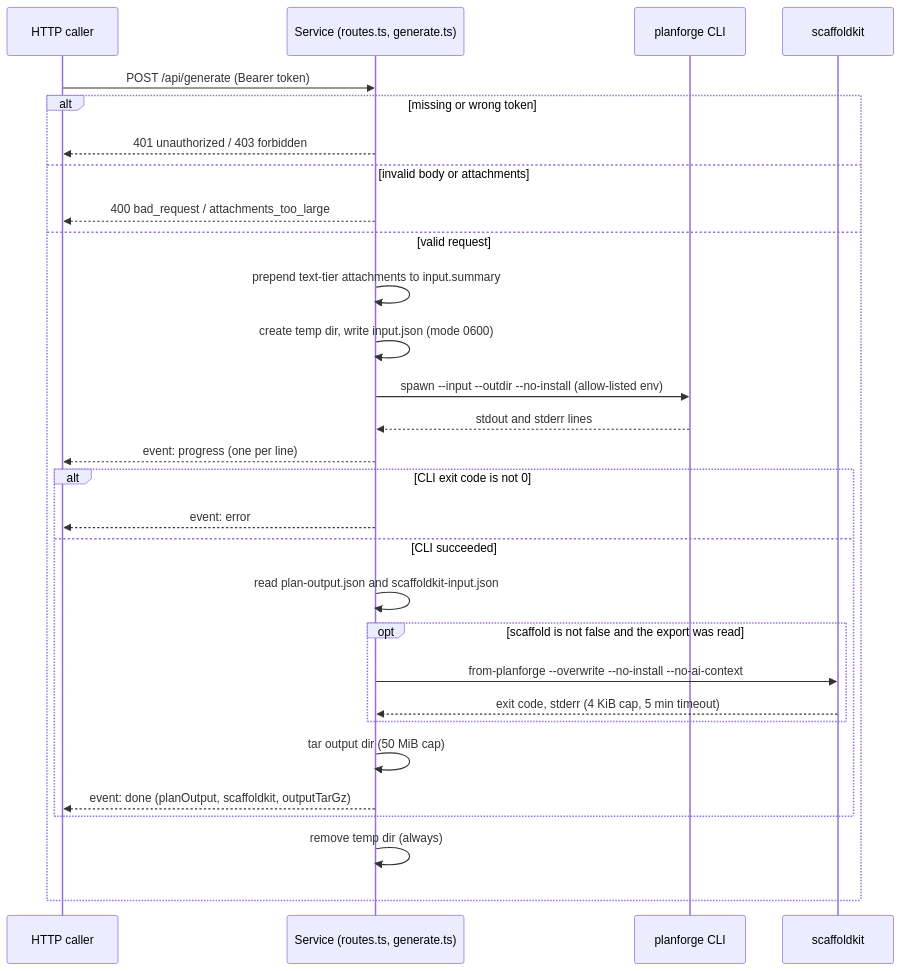
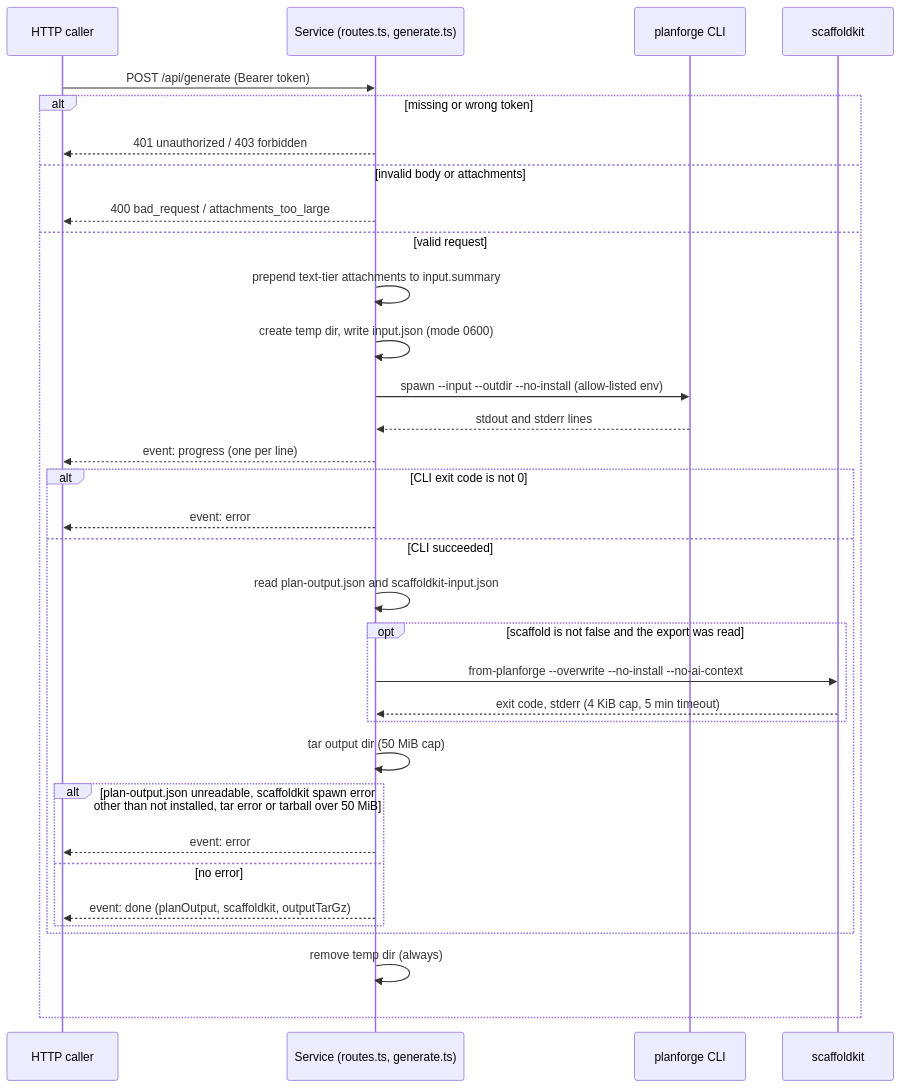
Before and after one commit to LanNguyenSi/agent-planforge: the diagram in server/README.md, drawn with Mermaid. The commit also changed other lines of this file and 1 other file, not shown here.

Commit message:
docs: tighten scaffoldkit, clarification and test-coverage statements
The architecture overview now says the HTTP service runs scaffoldkit only
when it is installed and the request does not opt out, and the system
flowchart ties AJV validation to the schemas instead of to every file in
the planning core. The CLI planning-pass flowchart shows that --clarify
and --auto-clarify write the clarification files before the unanswered
check, so --validate-only still leaves those two files behind. The
testing list no longer claims a successful npm install test, and the CI
note reflects that the platform summary runs in each CLI matrix job.

The server request-flow diagram adds the error path after a successful
CLI run (unreadable plan-output.json, a scaffoldkit spawn error other
than not installed, a tar error or an oversized tarball), the sentence
below it names the scaffoldkit outcomes that still return artifacts, and
the test section names the suites that call app.fetch().

````diff
--- a/server/README.md
+++ b/server/README.md
@@ -73,31 +73,35 @@
 ```mermaid
 sequenceDiagram
   participant C as HTTP caller
   participant S as Service (routes.ts, generate.ts)
   participant P as planforge CLI
   participant K as scaffoldkit
   C->>S: POST /api/generate (Bearer token)
   alt missing or wrong token
     S-->>C: 401 unauthorized / 403 forbidden
   else invalid body or attachments
     S-->>C: 400 bad_request / attachments_too_large
   else valid request
     S->>S: prepend text-tier attachments to input.summary
     S->>S: create temp dir, write input.json (mode 0600)
     S->>P: spawn --input --outdir --no-install (allow-listed env)
     P-->>S: stdout and stderr lines
     S-->>C: event: progress (one per line)
     alt CLI exit code is not 0
       S-->>C: event: error
     else CLI succeeded
       S->>S: read plan-output.json and scaffoldkit-input.json
       opt scaffold is not false and the export was read
         S->>K: from-planforge --overwrite --no-install --no-ai-context
         K-->>S: exit code, stderr (4 KiB cap, 5 min timeout)
       end
       S->>S: tar output dir (50 MiB cap)
-      S-->>C: event: done (planOutput, scaffoldkit, outputTarGz)
+      alt plan-output.json unreadable, scaffoldkit spawn error<br/>other than not installed, tar error or tarball over 50 MiB
+        S-->>C: event: error
+      else no error
+        S-->>C: event: done (planOutput, scaffoldkit, outputTarGz)
+      end
     end
     S->>S: remove temp dir (always)
   end
 ```
````
